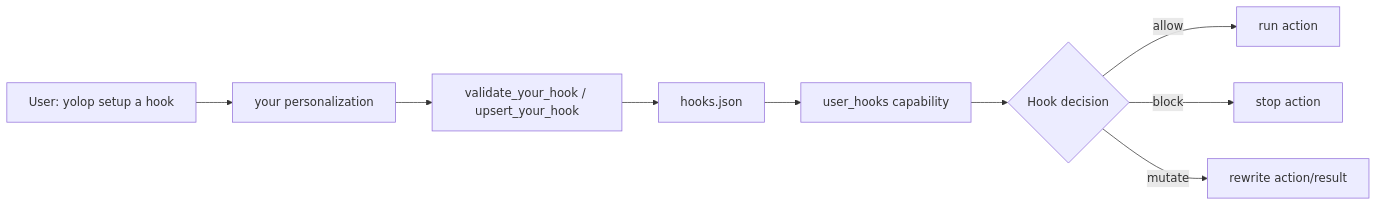
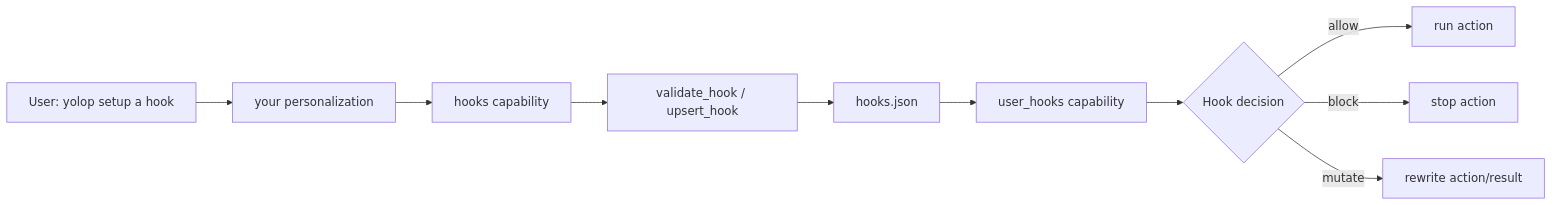
Before and after one commit to everruns/yolop: the diagram in docs/features/hooks.md, drawn with Mermaid. The commit also changed other lines of this file and 13 other files, not shown here.

First line of the commit message:
refactor(hooks): move tools into hooks capability

````diff
--- a/docs/features/hooks.md
+++ b/docs/features/hooks.md
@@ -17,11 +17,12 @@
 ```mermaid
 flowchart LR
   User["User: yolop setup a hook"] --> Your["your personalization"]
-  Your --> Tools["validate_your_hook / upsert_your_hook"]
+  Your --> Hooks["hooks capability"]
+  Hooks --> Tools["validate_hook / upsert_hook"]
   Tools --> Files["hooks.json"]
   Files --> Runtime["user_hooks capability"]
   Runtime --> Decision{"Hook decision"}
   Decision -->|allow| Continue["run action"]
   Decision -->|block| Stop["stop action"]
   Decision -->|mutate| Rewrite["rewrite action/result"]
 ```
````
